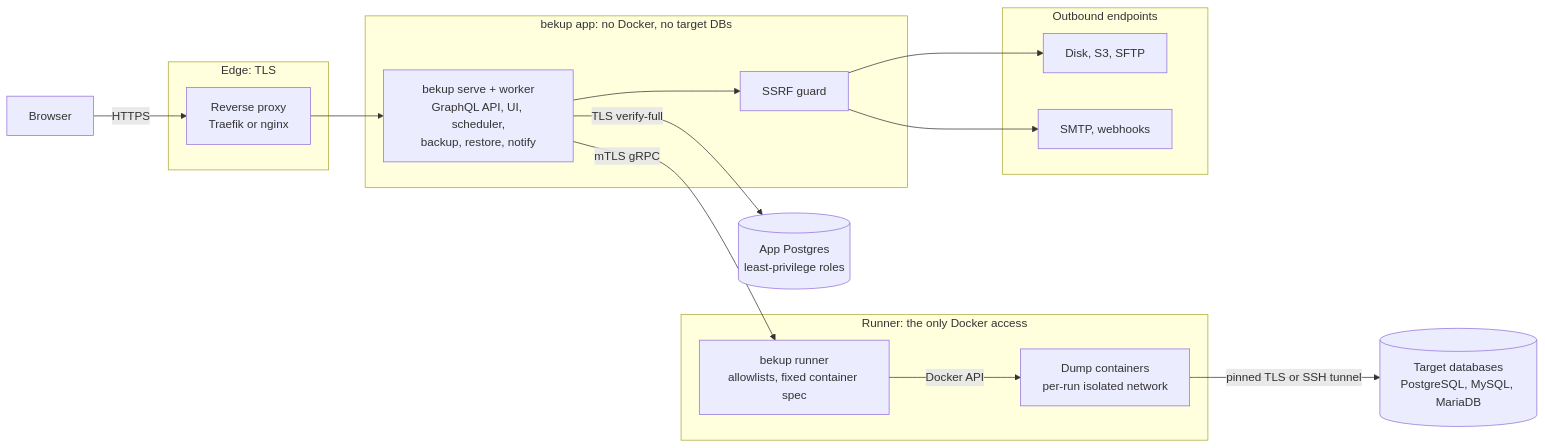
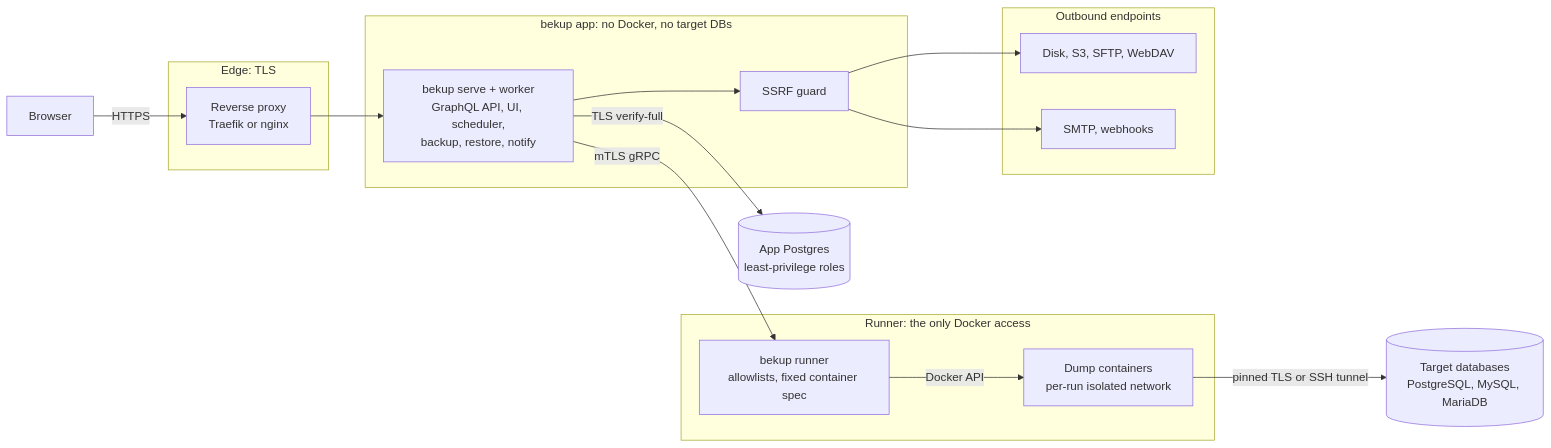
One commit to jlentink/bekup changed the diagram in README.md. Above: the diagram before and after it, drawn with Mermaid. The commit also changed other lines of this file and 370 other files, not shown here.

First line of the commit message:
Add external backup API, WebDAV storage and runner policy visibility

````diff
--- a/README.md
+++ b/README.md
@@ -91,37 +92,37 @@
 ```mermaid
 flowchart LR
   browser["Browser"]
 
   subgraph edge["Edge: TLS"]
     proxy["Reverse proxy<br/>Traefik or nginx"]
   end
 
   subgraph app["bekup app: no Docker, no target DBs"]
     serve["bekup serve + worker<br/>GraphQL API, UI, scheduler,<br/>backup, restore, notify"]
     guard["SSRF guard"]
   end
 
   appdb[("App Postgres<br/>least-privilege roles")]
 
   subgraph runnerzone["Runner: the only Docker access"]
     runner["bekup runner<br/>allowlists, fixed container spec"]
     dump["Dump containers<br/>per-run isolated network"]
   end
 
   targets[("Target databases<br/>PostgreSQL, MySQL, MariaDB")]
 
   subgraph outbound["Outbound endpoints"]
-    storage["Disk, S3, SFTP"]
+    storage["Disk, S3, SFTP, WebDAV"]
     notify["SMTP, webhooks"]
   end
 
   browser -->|HTTPS| proxy
   proxy --> serve
   serve -->|TLS verify-full| appdb
   serve -->|mTLS gRPC| runner
   runner -->|Docker API| dump
   dump -->|pinned TLS or SSH tunnel| targets
   serve --> guard
   guard --> storage
   guard --> notify
 ```
````
